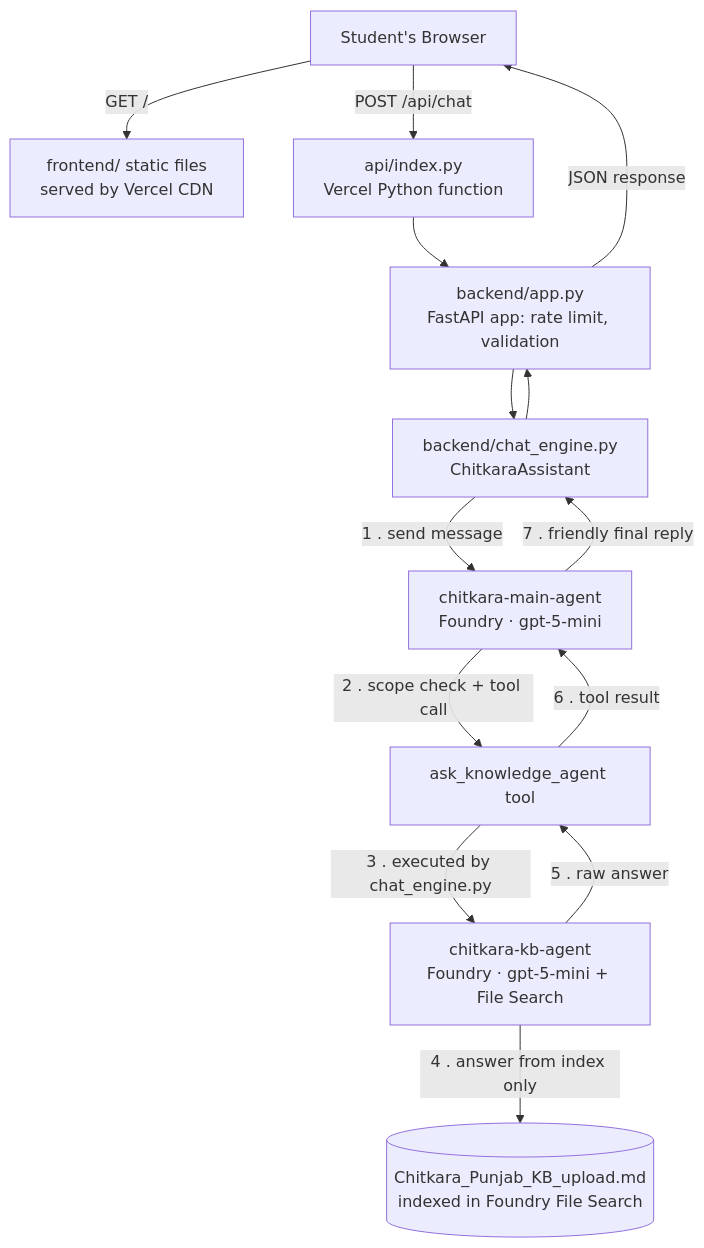
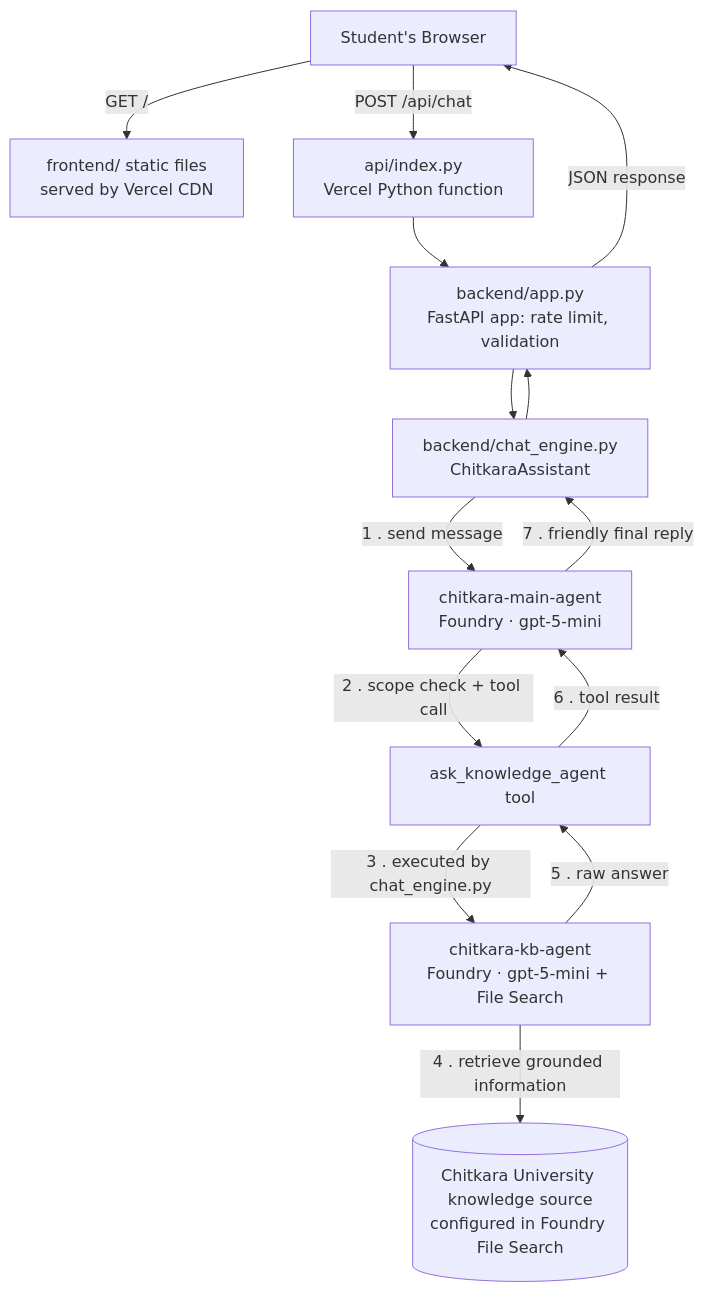
The diagram in README.md (AashnaTyagi/chitkara-faq), drawn with Mermaid before and after one commit. The commit also changed other lines of this file, not shown here.

````diff
--- a/README.md
+++ b/README.md
@@ -43,18 +80,18 @@
 ```mermaid
 flowchart TD
     U[Student's Browser] -->|GET /| FE[frontend/ static files<br/>served by Vercel CDN]
     U -->|POST /api/chat| API[api/index.py<br/>Vercel Python function]
 
     API --> APP[backend/app.py<br/>FastAPI app: rate limit, validation]
     APP --> ENGINE[backend/chat_engine.py<br/>ChitkaraAssistant]
 
     ENGINE -->|1 . send message| MAIN[chitkara-main-agent<br/>Foundry · gpt-5-mini]
     MAIN -->|2 . scope check + tool call| TOOL[ask_knowledge_agent tool]
     TOOL -->|3 . executed by chat_engine.py| KB[chitkara-kb-agent<br/>Foundry · gpt-5-mini + File Search]
-    KB -->|4 . answer from index only| DOC[(Chitkara_Punjab_KB_upload.md<br/>indexed in Foundry File Search)]
+    KB -->|4 . retrieve grounded information| DOC[(Chitkara University knowledge source<br/>configured in Foundry File Search)]
     KB -->|5 . raw answer| TOOL
     TOOL -->|6 . tool result| MAIN
     MAIN -->|7 . friendly final reply| ENGINE
     ENGINE --> APP
     APP -->|JSON response| U
 ```
````
